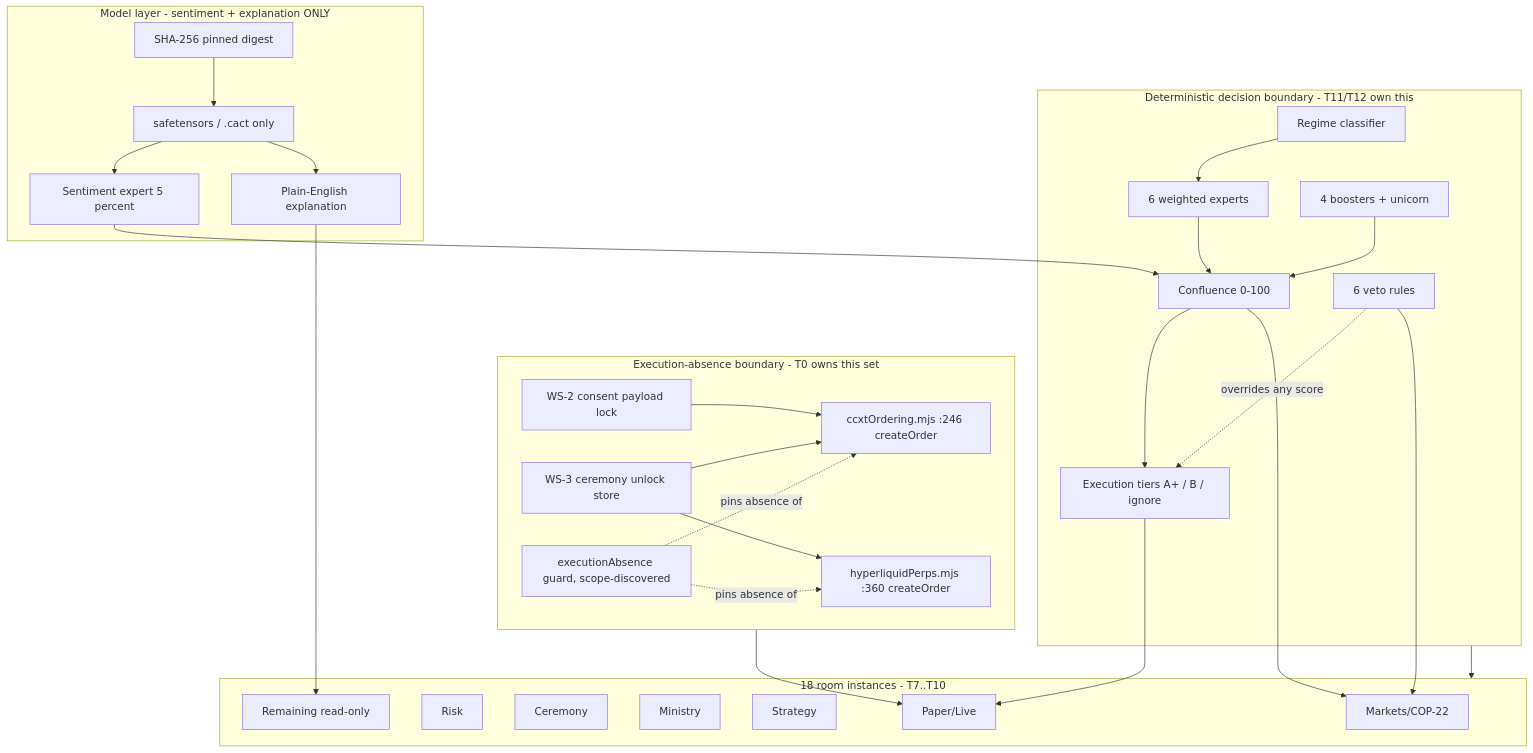
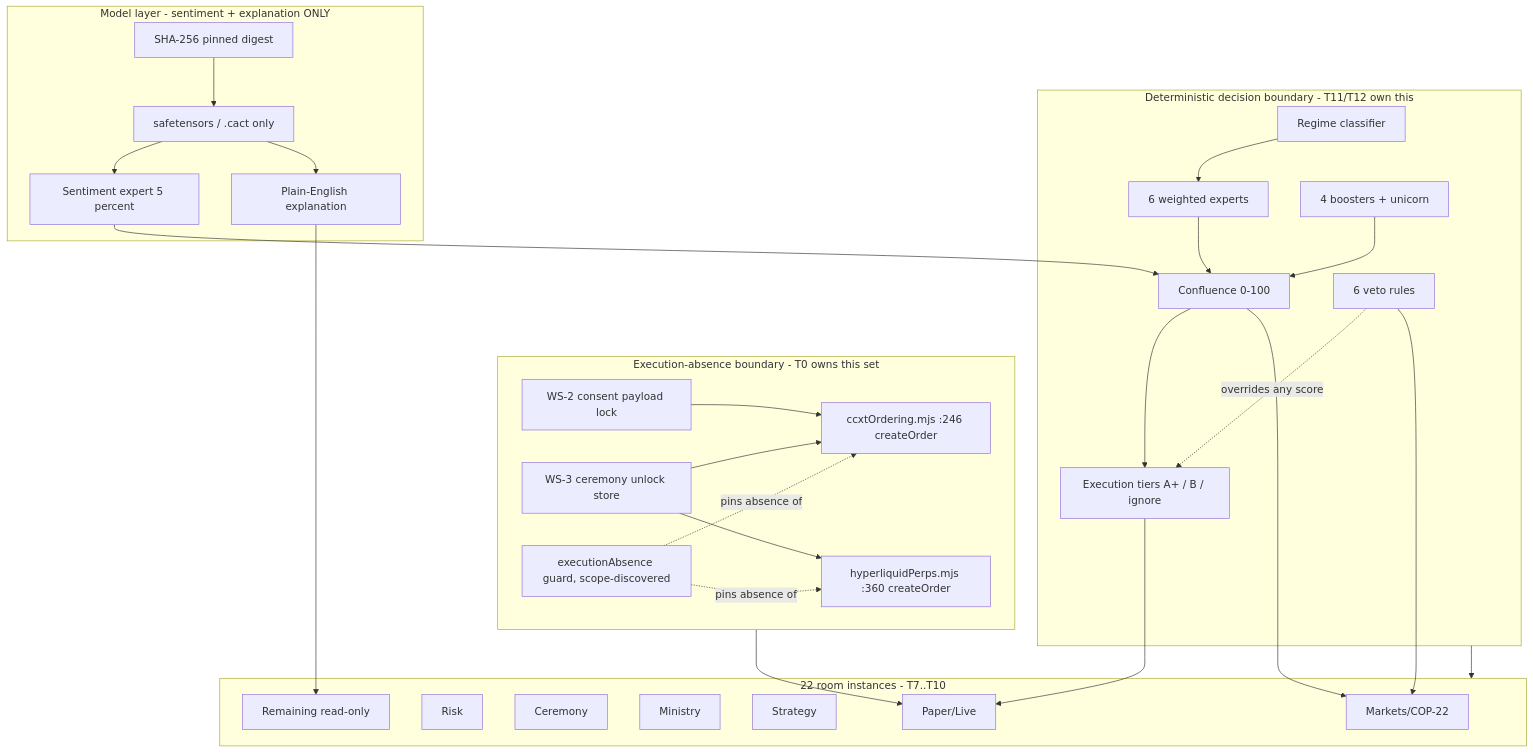
The diagram in docs/specs/PICC_TRADING_SUITE_WS7_TRADING_SUITE_MATURITY_v1.md (sudo-senpai-offx/PICC), drawn with Mermaid before and after one commit. The commit also changed other lines of this file and 9 other files, not shown here.

````diff
--- a/docs/specs/PICC_TRADING_SUITE_WS7_TRADING_SUITE_MATURITY_v1.md
+++ b/docs/specs/PICC_TRADING_SUITE_WS7_TRADING_SUITE_MATURITY_v1.md
@@ -478,54 +478,54 @@
 ```mermaid
 flowchart TB
   subgraph EXEC[Execution-absence boundary - T0 owns this set]
     GUARD[executionAbsence guard, scope-discovered]
     SPOT[ccxtOrdering.mjs :246 createOrder]
     PERPS[hyperliquidPerps.mjs :360 createOrder]
     CEREMONY[WS-3 ceremony unlock store]
     CONSENT[WS-2 consent payload lock]
     GUARD -. pins absence of .-> SPOT
     GUARD -. pins absence of .-> PERPS
     CEREMONY --> SPOT
     CEREMONY --> PERPS
     CONSENT --> SPOT
   end
 
   subgraph COPILOT[Deterministic decision boundary - T11/T12 own this]
     REGIME[Regime classifier]
     EXPERTS[6 weighted experts]
     SCORE[Confluence 0-100]
     VETO[6 veto rules]
     TIERS[Execution tiers A+ / B / ignore]
     BOOST[4 boosters + unicorn]
     REGIME --> EXPERTS --> SCORE --> TIERS
     VETO -. overrides any score .-> TIERS
     BOOST --> SCORE
   end
 
   subgraph MODEL[Model layer - sentiment + explanation ONLY]
     HASH[SHA-256 pinned digest]
     SAFE[safetensors / .cact only]
     SENT[Sentiment expert 5 percent]
     EXPL[Plain-English explanation]
     HASH --> SAFE --> SENT
     SAFE --> EXPL
   end
 
-  subgraph ROOMS[18 room instances - T7..T10]
+  subgraph ROOMS[22 room instances - T7..T10]
     MKT[Markets/COP-22]
     RISK[Risk]
     CEREM[Ceremony]
     MIN[Ministry]
     STRAT[Strategy]
     LIVE[Paper/Live]
     RO[Remaining read-only]
   end
 
   SCORE --> MKT
   TIERS --> LIVE
   VETO --> MKT
   SENT --> SCORE
   EXPL --> RO
   COPILOT --> ROOMS
   EXEC --> LIVE
 ```
````
